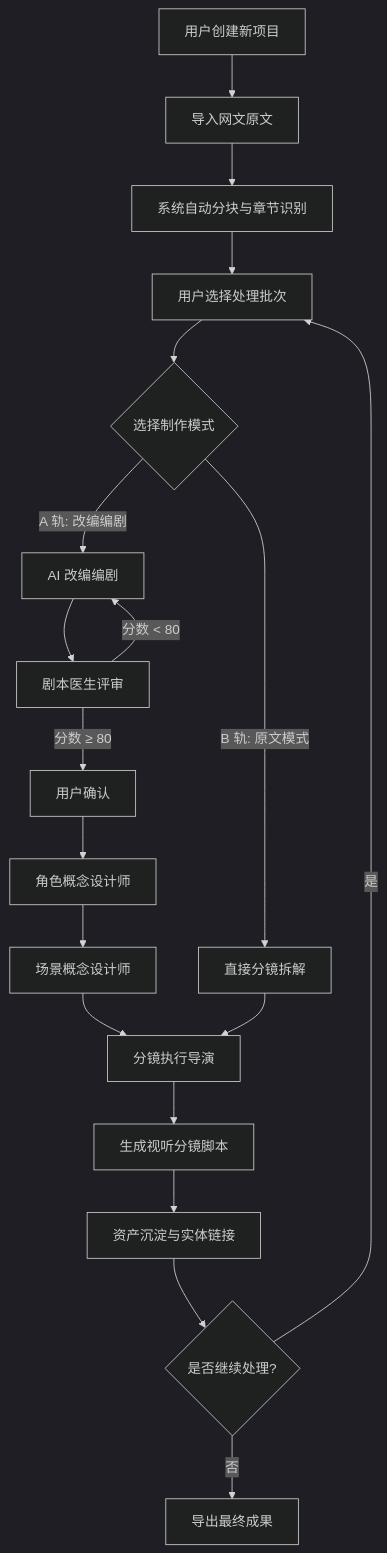
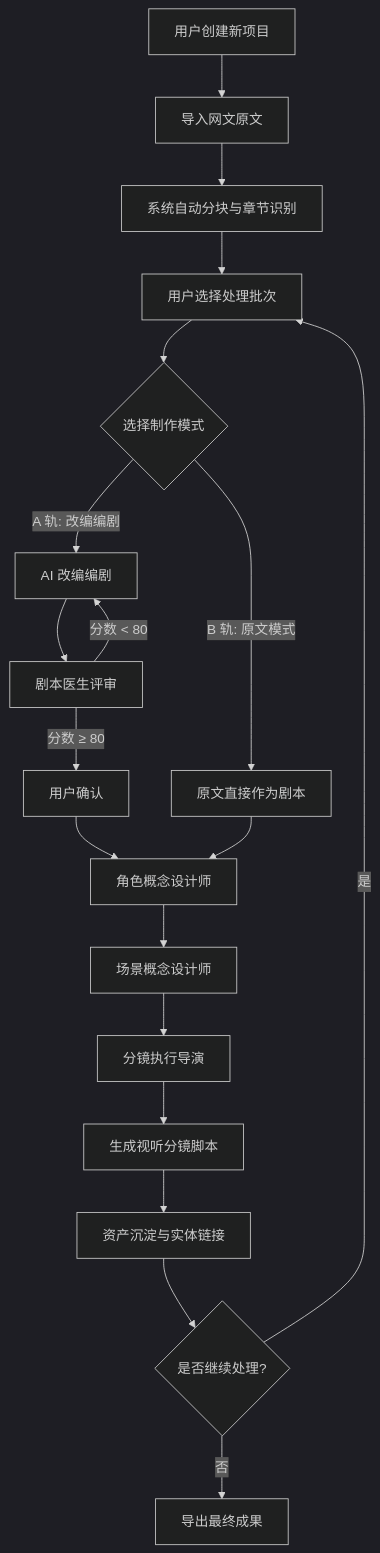
The first of 3 diagrams in docs/PRD.md (Aries233/universal-story-board), drawn with Mermaid (dark theme) before and after one commit. The commit also changed other lines of this file and 1 other file, not shown here.

````diff
--- a/docs/PRD.md
+++ b/docs/PRD.md
@@ -50,21 +50,21 @@
 ```mermaid
 graph TD
     A[用户创建新项目] --> B[导入网文原文]
     B --> C[系统自动分块与章节识别]
     C --> D[用户选择处理批次]
     D --> E{选择制作模式}
     E -->|A 轨: 改编编剧| F[AI 改编编剧]
-    E -->|B 轨: 原文模式| G[直接分镜拆解]
+    E -->|B 轨: 原文模式| G[原文直接作为剧本]
     F --> H[剧本医生评审]
     H -->|分数 < 80| F
     H -->|分数 ≥ 80| I[用户确认]
     I --> J[角色概念设计师]
     J --> K[场景概念设计师]
     K --> L[分镜执行导演]
-    G --> L
+    G --> J
     L --> M[生成视听分镜脚本]
     M --> N[资产沉淀与实体链接]
     N --> O{是否继续处理?}
     O -->|是| D
     O -->|否| P[导出最终成果]
 ```
````
